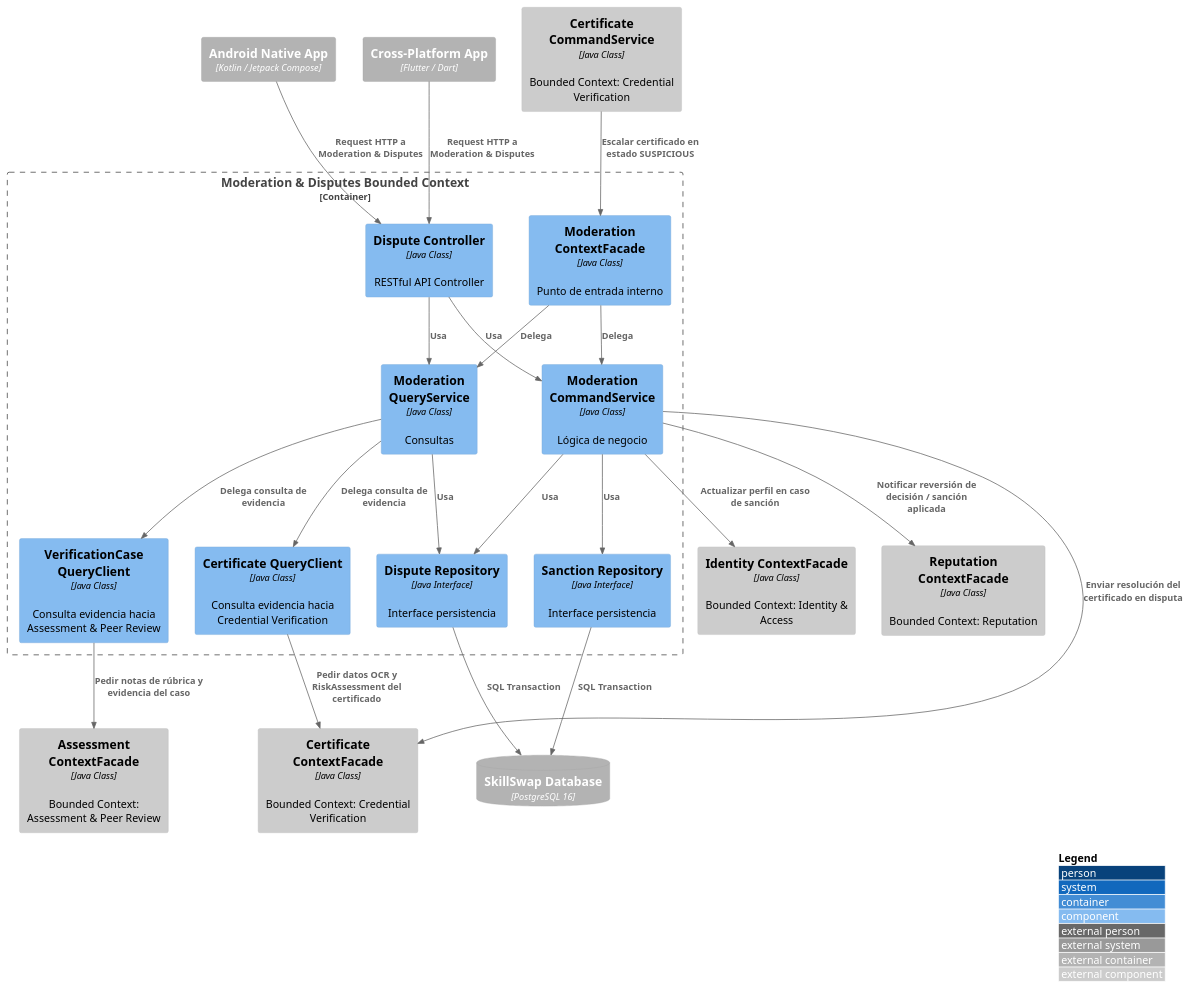
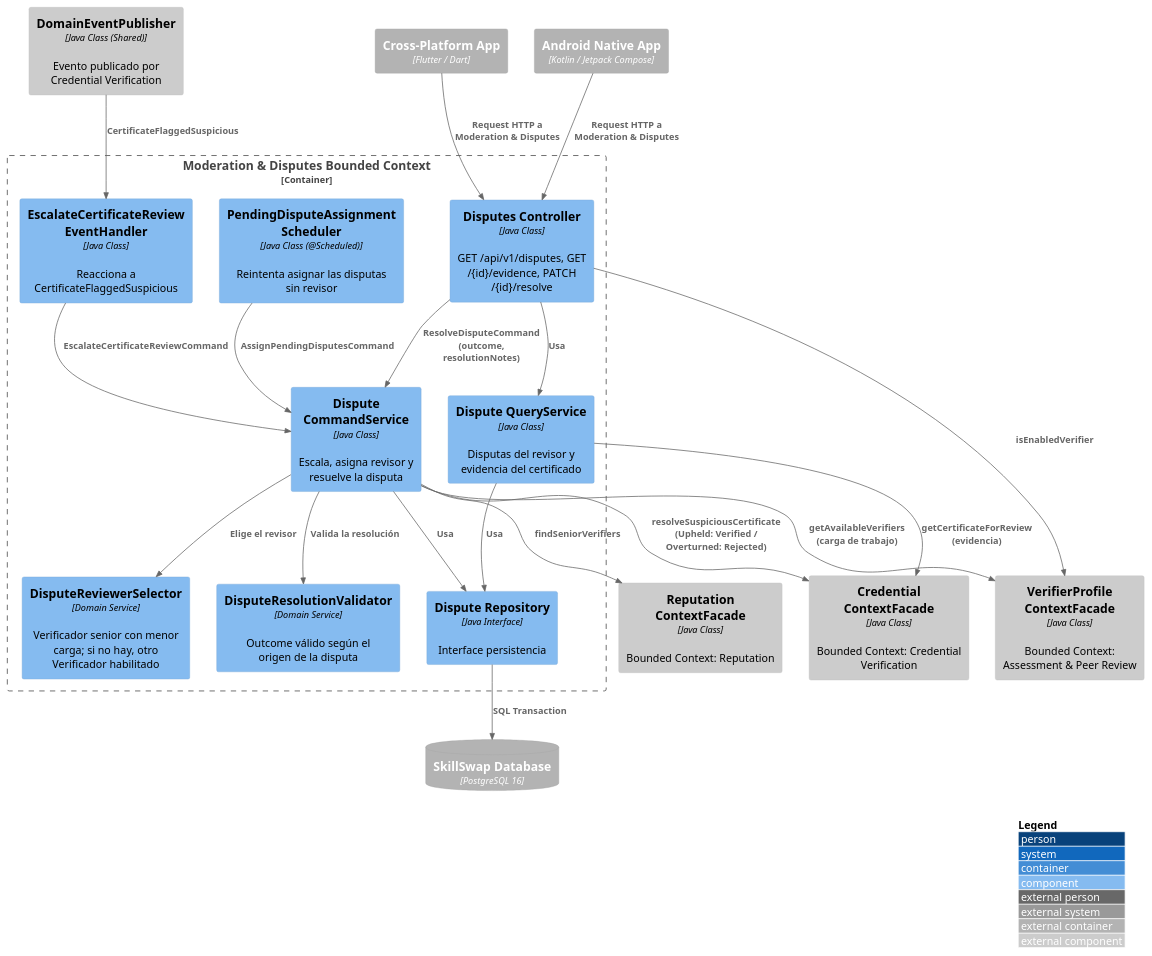
Before and after one commit to Aplicaciones-Dispositivos-Moviles/SkillSwap-ProjectReport: the diagram in DB&C4/Component Diagram — Moderation & Disputes.puml, drawn with PlantUML. The commit also changed 49 other files, not shown here.

```diff
--- a/DB&C4/Component Diagram — Moderation & Disputes.puml
+++ b/DB&C4/Component Diagram — Moderation & Disputes.puml
@@ -1,53 +1,48 @@
 @startuml ModerationDisputesComponent
 !include https://raw.githubusercontent.com/plantuml-stdlib/C4-PlantUML/master/C4_Component.puml
 
 LAYOUT_WITH_LEGEND()
 
 Container_Ext(androidApp, "Android Native App", "Kotlin / Jetpack Compose")
 Container_Ext(flutterApp, "Cross-Platform App", "Flutter / Dart")
 ContainerDb_Ext(mainDB, "SkillSwap Database", "PostgreSQL 16")
 
 Container_Boundary(moderationBC, "Moderation & Disputes Bounded Context") {
-    Component(disputeController, "Dispute Controller", "Java Class", "RESTful API Controller")
-    Component(moderationCommandService, "Moderation CommandService", "Java Class", "Lógica de negocio")
-    Component(moderationQueryService, "Moderation QueryService", "Java Class", "Consultas")
+    Component(disputesController, "Disputes Controller", "Java Class", "GET /api/v1/disputes, GET /{id}/evidence, PATCH /{id}/resolve")
+    Component(disputeCommandService, "Dispute CommandService", "Java Class", "Escala, asigna revisor y resuelve la disputa")
+    Component(disputeQueryService, "Dispute QueryService", "Java Class", "Disputas del revisor y evidencia del certificado")
+    Component(escalateHandler, "EscalateCertificateReview EventHandler", "Java Class", "Reacciona a CertificateFlaggedSuspicious")
+    Component(pendingScheduler, "PendingDisputeAssignment Scheduler", "Java Class (@Scheduled)", "Reintenta asignar las disputas sin revisor")
+    Component(reviewerSelector, "DisputeReviewerSelector", "Domain Service", "Verificador senior con menor carga; si no hay, otro Verificador habilitado")
+    Component(resolutionValidator, "DisputeResolutionValidator", "Domain Service", "Outcome válido según el origen de la disputa")
     Component(disputeRepository, "Dispute Repository", "Java Interface", "Interface persistencia")
-    Component(sanctionRepository, "Sanction Repository", "Java Interface", "Interface persistencia")
-    Component(certificateQueryClient, "Certificate QueryClient", "Java Class", "Consulta evidencia hacia Credential Verification")
-    Component(verificationCaseQueryClient, "VerificationCase QueryClient", "Java Class", "Consulta evidencia hacia Assessment & Peer Review")
-    Component(moderationContextFacade, "Moderation ContextFacade", "Java Class", "Punto de entrada interno")
 }
 
-Component_Ext(identityContextFacade, "Identity ContextFacade", "Java Class", "Bounded Context: Identity & Access")
+Component_Ext(domainEventPublisher, "DomainEventPublisher", "Java Class (Shared)", "Evento publicado por Credential Verification")
+Component_Ext(credentialContextFacade, "Credential ContextFacade", "Java Class", "Bounded Context: Credential Verification")
 Component_Ext(reputationContextFacade, "Reputation ContextFacade", "Java Class", "Bounded Context: Reputation")
-Component_Ext(credentialContextFacade, "Certificate ContextFacade", "Java Class", "Bounded Context: Credential Verification")
-Component_Ext(credentialCommandService, "Certificate CommandService", "Java Class", "Bounded Context: Credential Verification")
-Component_Ext(assessmentContextFacade, "Assessment ContextFacade", "Java Class", "Bounded Context: Assessment & Peer Review")
+Component_Ext(verifierProfileContextFacade, "VerifierProfile ContextFacade", "Java Class", "Bounded Context: Assessment & Peer Review")
 
-Rel(androidApp, disputeController, "Request HTTP a Moderation & Disputes")
-Rel(flutterApp, disputeController, "Request HTTP a Moderation & Disputes")
+Rel(androidApp, disputesController, "Request HTTP a Moderation & Disputes")
+Rel(flutterApp, disputesController, "Request HTTP a Moderation & Disputes")
 
-Rel(disputeController, moderationCommandService, "Usa")
-Rel(disputeController, moderationQueryService, "Usa")
-Rel(moderationCommandService, disputeRepository, "Usa")
-Rel(moderationCommandService, sanctionRepository, "Usa")
-Rel(moderationQueryService, disputeRepository, "Usa")
+Rel(disputesController, disputeQueryService, "Usa")
+Rel(disputesController, disputeCommandService, "ResolveDisputeCommand (outcome, resolutionNotes)")
+Rel(disputesController, verifierProfileContextFacade, "isEnabledVerifier")
+
+Rel(domainEventPublisher, escalateHandler, "CertificateFlaggedSuspicious")
+Rel(escalateHandler, disputeCommandService, "EscalateCertificateReviewCommand")
+Rel(pendingScheduler, disputeCommandService, "AssignPendingDisputesCommand")
+
+Rel(disputeCommandService, reviewerSelector, "Elige el revisor")
+Rel(disputeCommandService, resolutionValidator, "Valida la resolución")
+Rel(disputeCommandService, disputeRepository, "Usa")
+Rel(disputeQueryService, disputeRepository, "Usa")
 Rel(disputeRepository, mainDB, "SQL Transaction")
-Rel(sanctionRepository, mainDB, "SQL Transaction")
 
-Rel(moderationQueryService, certificateQueryClient, "Delega consulta de evidencia")
-Rel(certificateQueryClient, credentialContextFacade, "Pedir datos OCR y RiskAssessment del certificado")
-
-Rel(moderationQueryService, verificationCaseQueryClient, "Delega consulta de evidencia")
-Rel(verificationCaseQueryClient, assessmentContextFacade, "Pedir notas de rúbrica y evidencia del caso")
-
-Rel(moderationCommandService, identityContextFacade, "Actualizar perfil en caso de sanción")
-Rel(moderationCommandService, reputationContextFacade, "Notificar reversión de decisión / sanción aplicada")
-Rel(moderationCommandService, credentialContextFacade, "Enviar resolución del certificado en disputa")
-
-Rel(moderationContextFacade, moderationCommandService, "Delega")
-Rel(moderationContextFacade, moderationQueryService, "Delega")
-
-Rel(credentialCommandService, moderationContextFacade, "Escalar certificado en estado SUSPICIOUS")
+Rel(disputeCommandService, verifierProfileContextFacade, "getAvailableVerifiers (carga de trabajo)")
+Rel(disputeCommandService, reputationContextFacade, "findSeniorVerifiers")
+Rel(disputeCommandService, credentialContextFacade, "resolveSuspiciousCertificate (Upheld: Verified / Overturned: Rejected)")
+Rel(disputeQueryService, credentialContextFacade, "getCertificateForReview (evidencia)")
 
 @enduml
```
